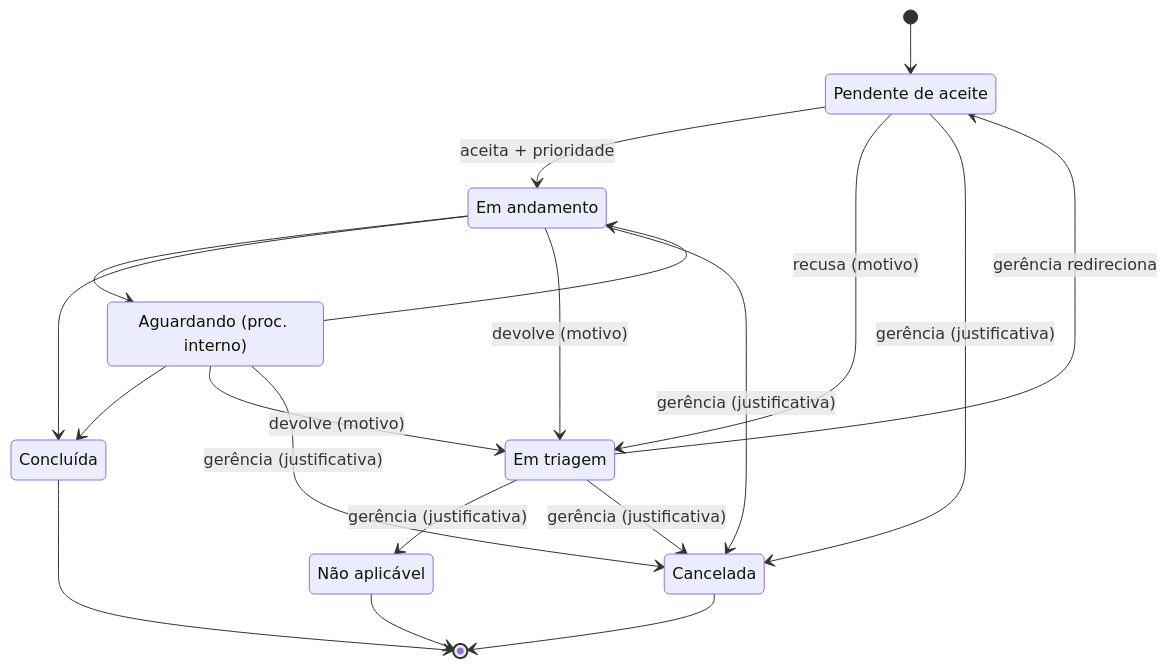
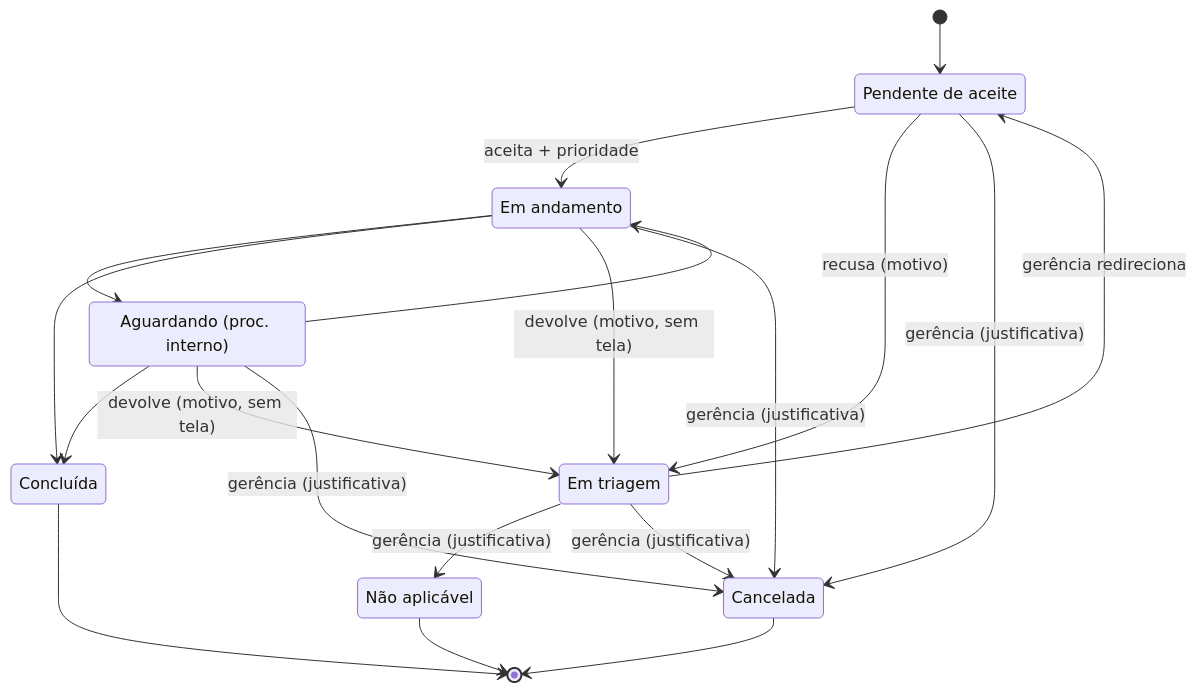
The second of 5 diagrams in docs/FLUXOS.md (DiogoBrito777/projeto_instituto), drawn with Mermaid before and after one commit. The commit also changed other lines of this file and 23 other files, not shown here.

````diff
--- a/docs/FLUXOS.md
+++ b/docs/FLUXOS.md
@@ -24,28 +24,28 @@
 ```mermaid
 stateDiagram-v2
   state "Pendente de aceite" as PA
   state "Em andamento" as EA
   state "Aguardando (proc. interno)" as AG
   state "Em triagem" as TR
   state "Concluída" as CO
   state "Não aplicável" as NA
   state "Cancelada" as CA
   [*] --> PA
   PA --> EA: aceita + prioridade
   PA --> TR: recusa (motivo)
   EA --> AG
   AG --> EA
   EA --> CO
   AG --> CO
-  EA --> TR: devolve (motivo)
-  AG --> TR: devolve (motivo)
+  EA --> TR: devolve (motivo, sem tela)
+  AG --> TR: devolve (motivo, sem tela)
   TR --> PA: gerência redireciona
   TR --> NA: gerência (justificativa)
   PA --> CA: gerência (justificativa)
   EA --> CA: gerência (justificativa)
   AG --> CA: gerência (justificativa)
   TR --> CA: gerência (justificativa)
   CO --> [*]
   NA --> [*]
   CA --> [*]
 ```
````
